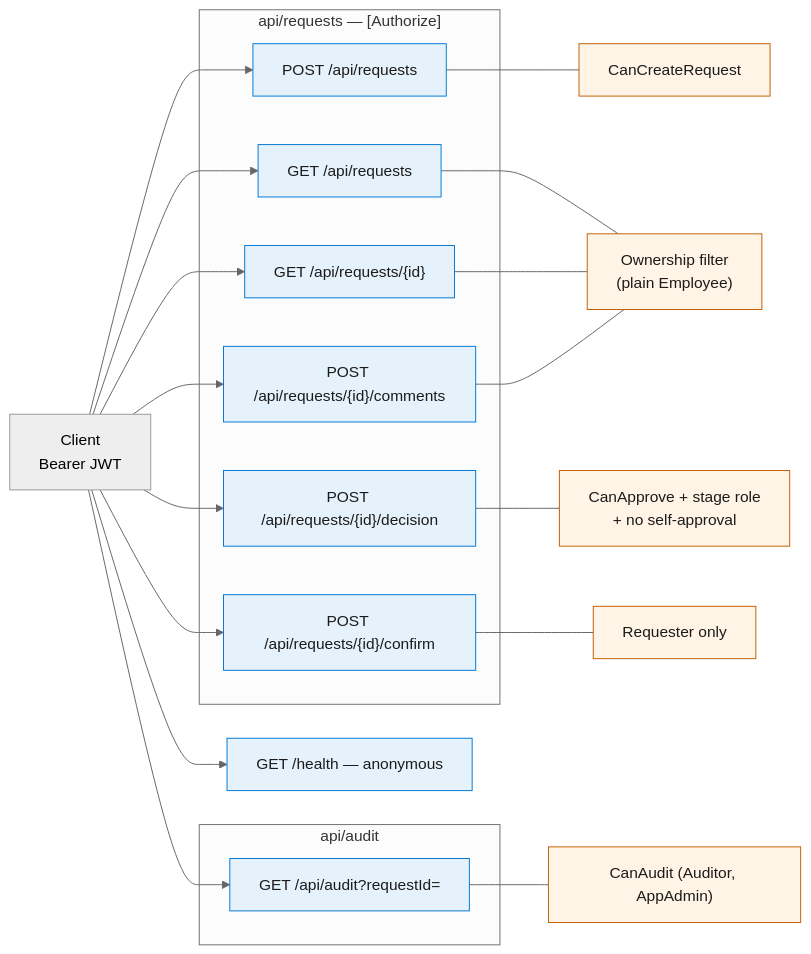
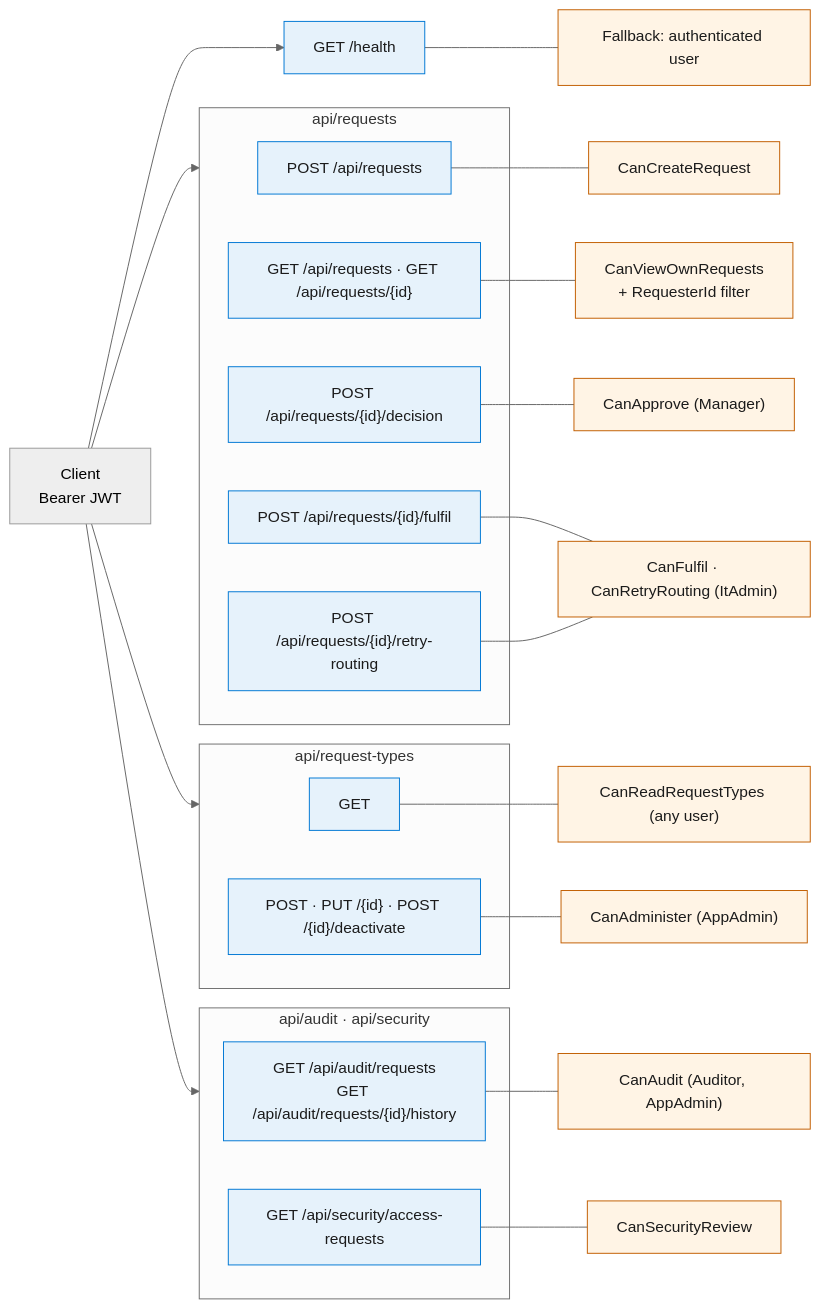
Before and after one commit to Deepankar-AICloud/AISDLC-V1: the diagram in docs/complete-solution-documentation/diagrams/mermaid/14-api-architecture.mmd, drawn with Mermaid (neutral theme). The commit also changed 125 other files, not shown here.

```diff
--- a/docs/complete-solution-documentation/diagrams/mermaid/14-api-architecture.mmd
+++ b/docs/complete-solution-documentation/diagrams/mermaid/14-api-architecture.mmd
@@ -1,32 +1,43 @@
 flowchart LR
   classDef ep fill:#E6F2FB,stroke:#0078D4,color:#1B1B1B
   classDef pol fill:#FFF4E5,stroke:#C25E00,color:#1B1B1B
   CL["Client<br/>Bearer JWT"]
 
-  subgraph R["api/requests — [Authorize]"]
+  subgraph R["api/requests"]
     E1["POST /api/requests"]:::ep
-    E2["GET /api/requests"]:::ep
-    E3["GET /api/requests/{id}"]:::ep
+    E2["GET /api/requests · GET /api/requests/{id}"]:::ep
     E4["POST /api/requests/{id}/decision"]:::ep
-    E5["POST /api/requests/{id}/confirm"]:::ep
-    E6["POST /api/requests/{id}/comments"]:::ep
+    E5["POST /api/requests/{id}/fulfil"]:::ep
+    E6["POST /api/requests/{id}/retry-routing"]:::ep
   end
-  subgraph AU["api/audit"]
-    E7["GET /api/audit?requestId="]:::ep
+  subgraph T["api/request-types"]
+    E7["GET"]:::ep
+    E8["POST · PUT /{id} · POST /{id}/deactivate"]:::ep
   end
-  E8["GET /health — anonymous"]:::ep
+  subgraph AU["api/audit · api/security"]
+    E9["GET /api/audit/requests<br/>GET /api/audit/requests/{id}/history"]:::ep
+    E10["GET /api/security/access-requests"]:::ep
+  end
+  E11["GET /health"]:::ep
 
   P1["CanCreateRequest"]:::pol
-  P2["Ownership filter<br/>(plain Employee)"]:::pol
-  P3["CanApprove + stage role<br/>+ no self-approval"]:::pol
-  P4["Requester only"]:::pol
-  P5["CanAudit (Auditor, AppAdmin)"]:::pol
+  P2["CanViewOwnRequests<br/>+ RequesterId filter"]:::pol
+  P3["CanApprove (Manager)"]:::pol
+  P4["CanFulfil · CanRetryRouting (ItAdmin)"]:::pol
+  P5["CanReadRequestTypes (any user)"]:::pol
+  P6["CanAdminister (AppAdmin)"]:::pol
+  P7["CanAudit (Auditor, AppAdmin)"]:::pol
+  P8["CanSecurityReview"]:::pol
+  P9["Fallback: authenticated user"]:::pol
 
-  CL --> E1 & E2 & E3 & E4 & E5 & E6 & E7 & E8
+  CL --> R & T & AU & E11
   E1 --- P1
   E2 --- P2
-  E3 --- P2
-  E6 --- P2
   E4 --- P3
   E5 --- P4
+  E6 --- P4
   E7 --- P5
+  E8 --- P6
+  E9 --- P7
+  E10 --- P8
+  E11 --- P9
```
